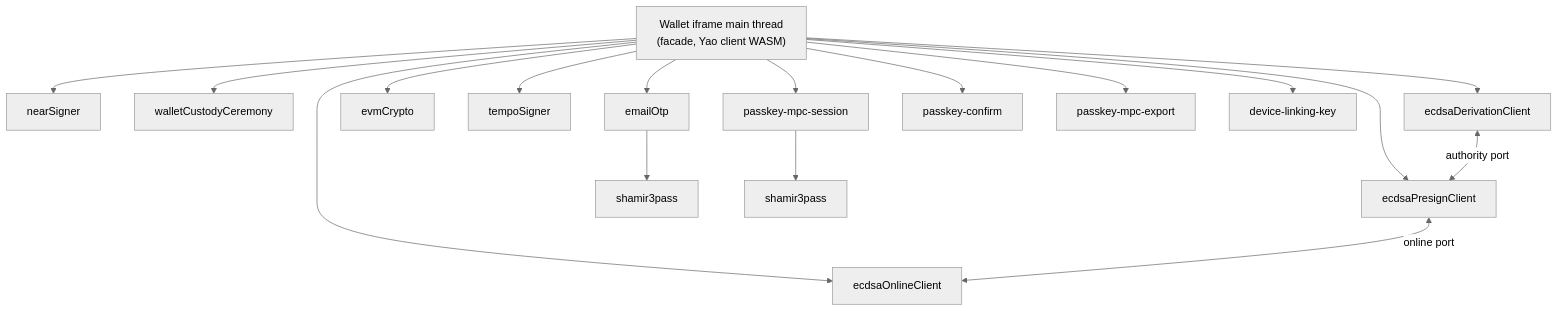
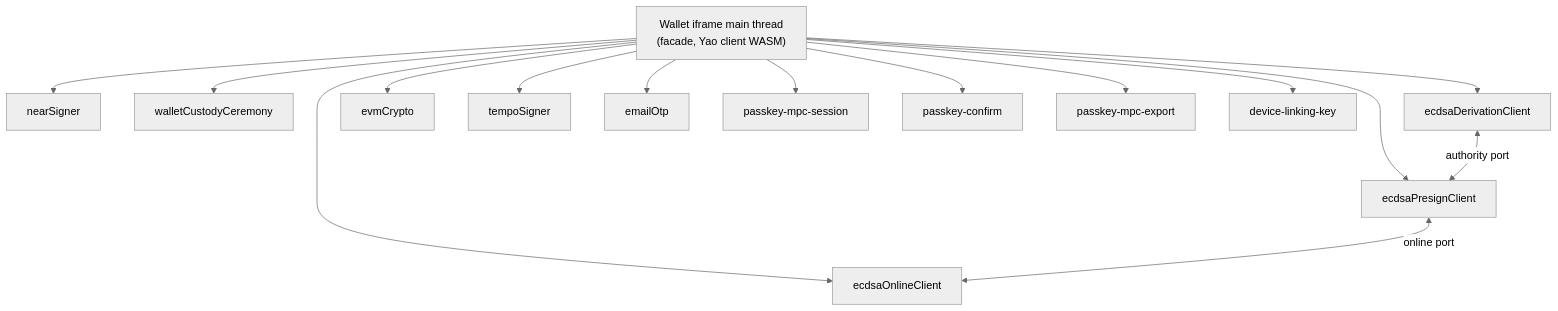
One commit to seams-tech/seams-wallet changed the diagram in docs/browser-workers.md. Above: the diagram before and after it, drawn with Mermaid (neutral theme). The commit also changed other lines of this file and 105 other files, not shown here.

````diff
--- a/docs/browser-workers.md
+++ b/docs/browser-workers.md
@@ -68,20 +69,18 @@
 ```mermaid
 flowchart TD
     Main["Wallet iframe main thread<br/>(facade, Yao client WASM)"]
     Main --> NS["nearSigner"]
     Main --> WC["walletCustodyCeremony"]
     Main --> ED["ecdsaDerivationClient"]
     Main --> EP["ecdsaPresignClient"]
     Main --> EO["ecdsaOnlineClient"]
     Main --> EV["evmCrypto"]
     Main --> TS["tempoSigner"]
     Main --> OTP["emailOtp"]
     Main --> PS["passkey-mpc-session"]
     Main --> PC["passkey-confirm"]
     Main --> PX["passkey-mpc-export"]
     Main --> DL["device-linking-key"]
-    OTP --> SH1["shamir3pass"]
-    PS --> SH2["shamir3pass"]
     ED <-->|"authority port"| EP
     EP <-->|"online port"| EO
 ```
````
